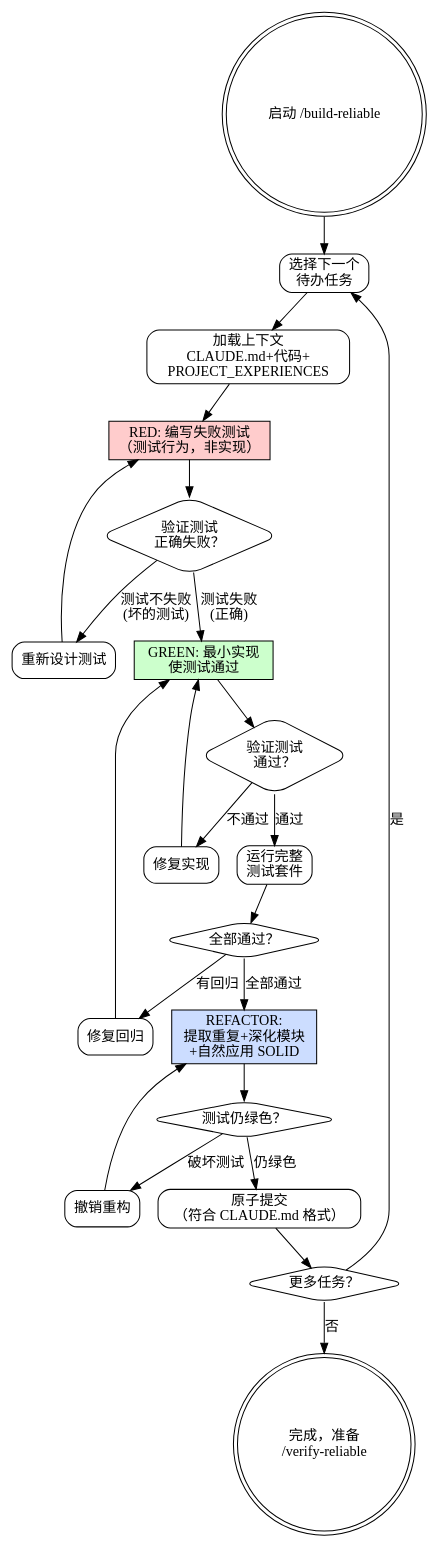
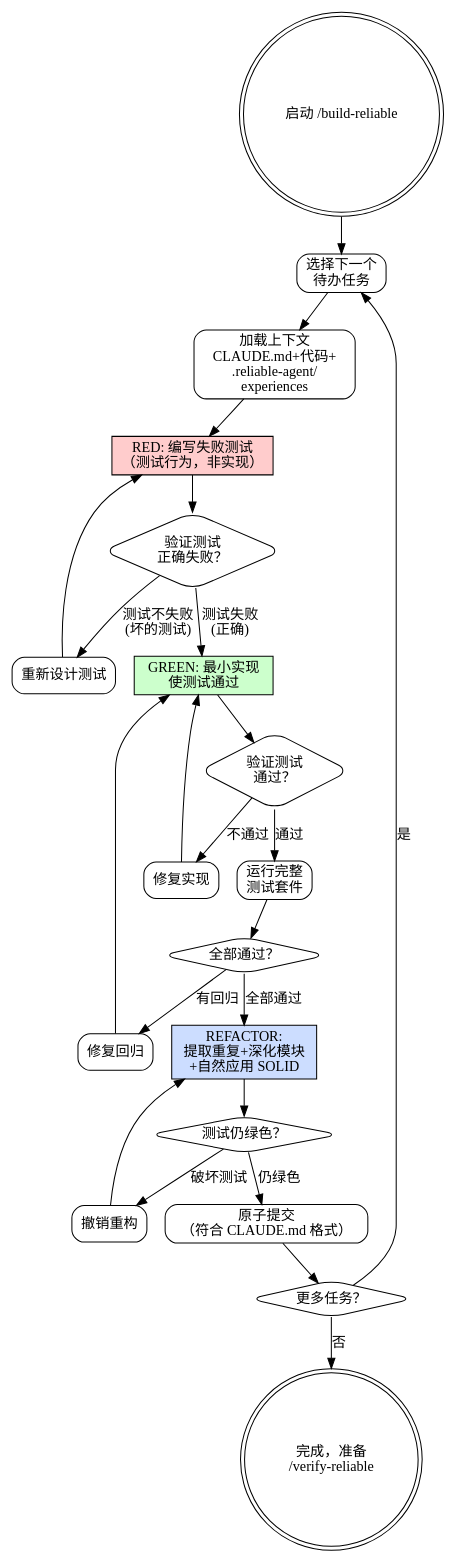
The diagram in skills/reliable-build/SKILL.md (sueichen/reliable-agent), drawn with Graphviz before and after one commit. The commit also changed other lines of this file and 14 other files, not shown here.

First line of the commit message:
refactor: isolate generated artifacts into .reliable-agent/ directory

````diff
--- a/skills/reliable-build/SKILL.md
+++ b/skills/reliable-build/SKILL.md
@@ -29,48 +29,48 @@
 ```dot
 digraph reliable_build {
     rankdir=TB;
     node [shape=box, style=rounded];
 
     start [label="启动 /build-reliable", shape=doublecircle];
     select_task [label="选择下一个\n待办任务"];
-    context [label="加载上下文\nCLAUDE.md+代码+\nPROJECT_EXPERIENCES"];
+    context [label="加载上下文\nCLAUDE.md+代码+\n.reliable-agent/\nexperiences"];
     red [label="RED: 编写失败测试\n（测试行为，非实现）", shape=box style=filled fillcolor="#ffcccc"];
     verify_fail [label="验证测试\n正确失败？", shape=diamond];
     rethink [label="重新设计测试"];
     green [label="GREEN: 最小实现\n使测试通过", shape=box style=filled fillcolor="#ccffcc"];
     verify_pass [label="验证测试\n通过？", shape=diamond];
     fix_impl [label="修复实现"];
     run_suite [label="运行完整\n测试套件"];
     suite_pass [label="全部通过？", shape=diamond];
     fix_regression [label="修复回归"];
     refactor [label="REFACTOR:\n提取重复+深化模块\n+自然应用 SOLID", shape=box style=filled fillcolor="#ccddff"];
     tests_still_green [label="测试仍绿色？", shape=diamond];
     revert_refactor [label="撤销重构"];
     commit [label="原子提交\n（符合 CLAUDE.md 格式）"];
     more_tasks [label="更多任务？", shape=diamond];
     done [label="完成，准备\n/verify-reliable", shape=doublecircle];
 
     start -> select_task;
     select_task -> context;
     context -> red;
     red -> verify_fail;
     verify_fail -> rethink [label="测试不失败\n(坏的测试)"];
     rethink -> red;
     verify_fail -> green [label="测试失败\n(正确)"];
     green -> verify_pass;
     verify_pass -> fix_impl [label="不通过"];
     fix_impl -> green;
     verify_pass -> run_suite [label="通过"];
     run_suite -> suite_pass;
     suite_pass -> fix_regression [label="有回归"];
     fix_regression -> green;
     suite_pass -> refactor [label="全部通过"];
     refactor -> tests_still_green;
     tests_still_green -> revert_refactor [label="破坏测试"];
     revert_refactor -> refactor;
     tests_still_green -> commit [label="仍绿色"];
     commit -> more_tasks;
     more_tasks -> select_task [label="是"];
     more_tasks -> done [label="否"];
 }
 ```
````
